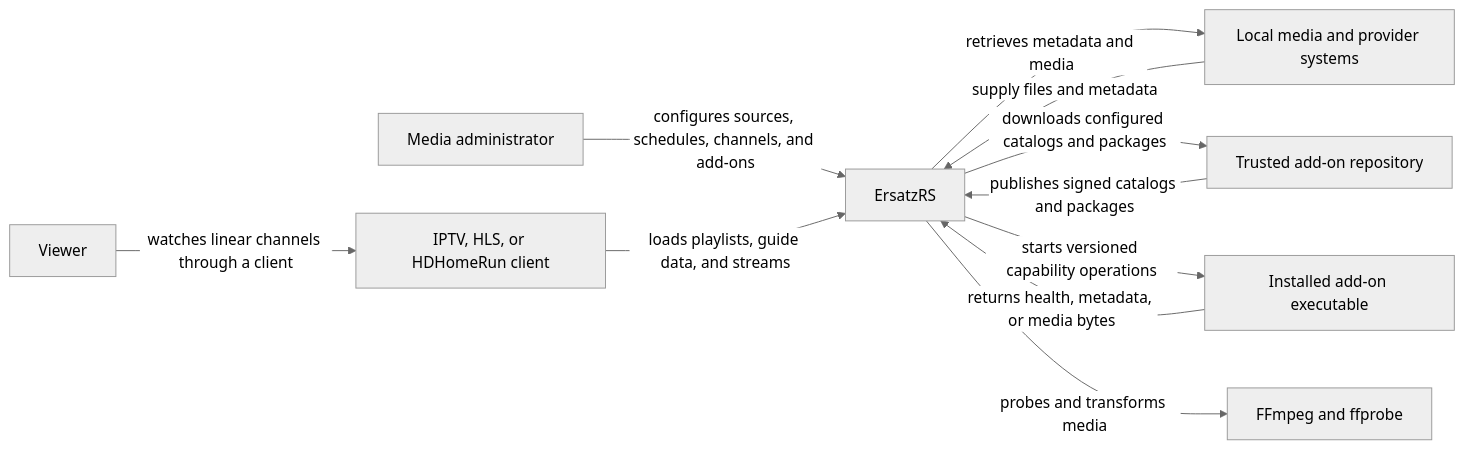
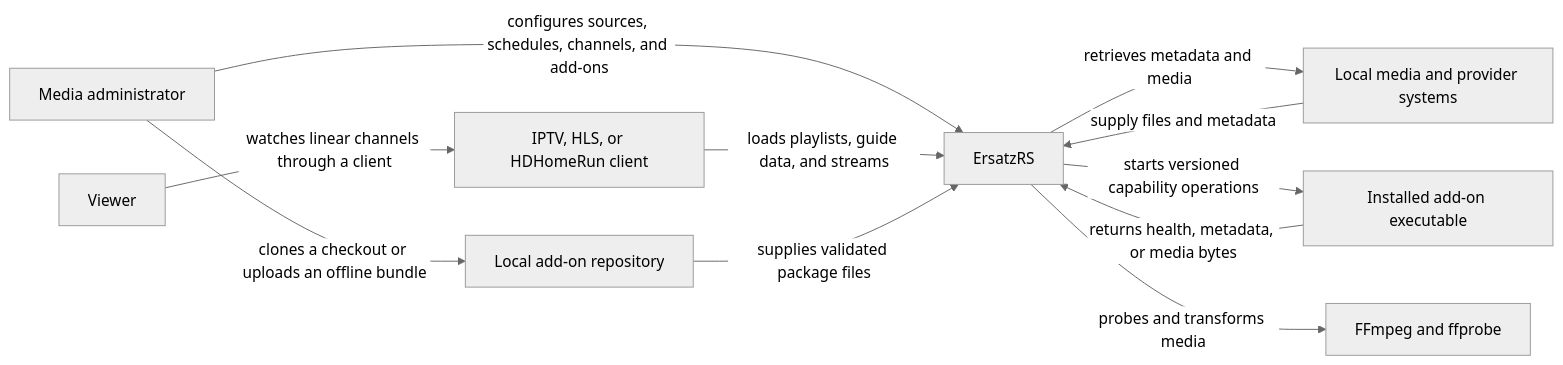
One commit to bartdeijkers/ErsatzRS changed the first of 2 diagrams in docs/explanation/runtime-architecture.md. Above: the diagram before and after it, drawn with Mermaid (neutral theme). The commit also changed other lines of this file and 51 other files, not shown here.

Commit message:
feat(infra): use local add-on repository sources

````diff
--- a/docs/explanation/runtime-architecture.md
+++ b/docs/explanation/runtime-architecture.md
@@ -9,13 +9,13 @@
 ```mermaid
 flowchart LR
     Admin[Media administrator] -->|configures sources, schedules, channels, and add-ons| System[ErsatzRS]
     Viewer[Viewer] -->|watches linear channels through a client| Client[IPTV, HLS, or HDHomeRun client]
     Client -->|loads playlists, guide data, and streams| System
     Sources[Local media and provider systems] -->|supply files and metadata| System
     System -->|retrieves metadata and media| Sources
-    Repository[Trusted add-on repository] -->|publishes signed catalogs and packages| System
-    System -->|downloads configured catalogs and packages| Repository
+    Admin -->|clones a checkout or uploads an offline bundle| Repository[Local add-on repository]
+    Repository -->|supplies validated package files| System
     System -->|starts versioned capability operations| Addon[Installed add-on executable]
     Addon -->|returns health, metadata, or media bytes| System
     System -->|probes and transforms media| MediaTools[FFmpeg and ffprobe]
 ```
````
